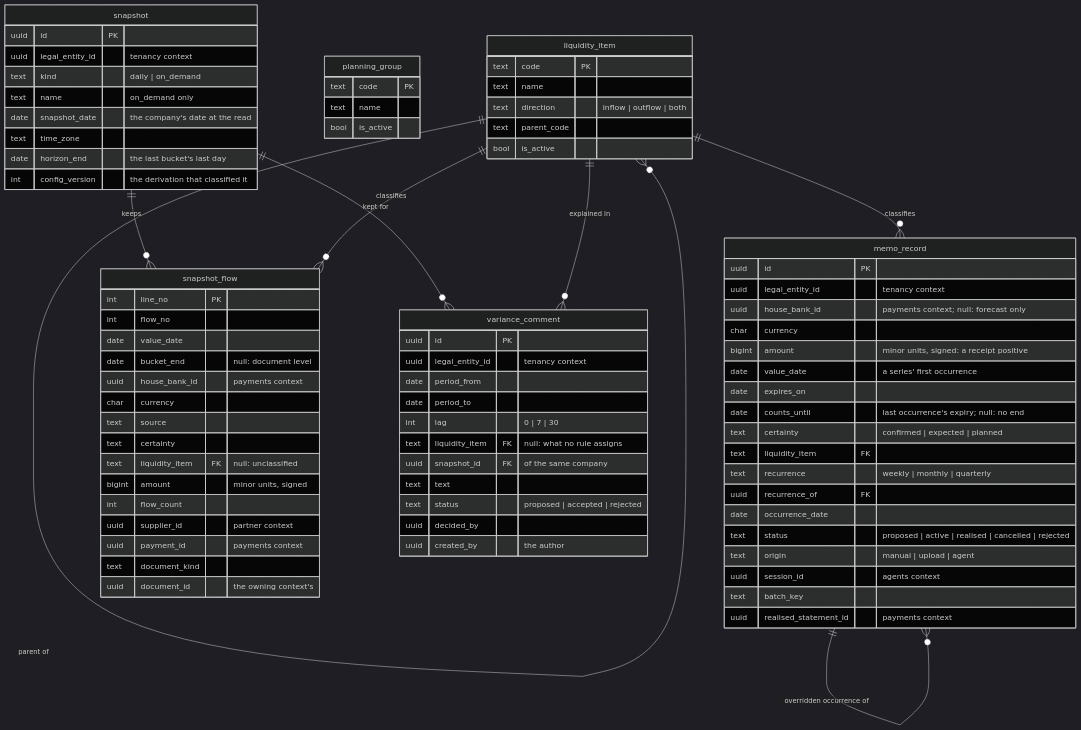
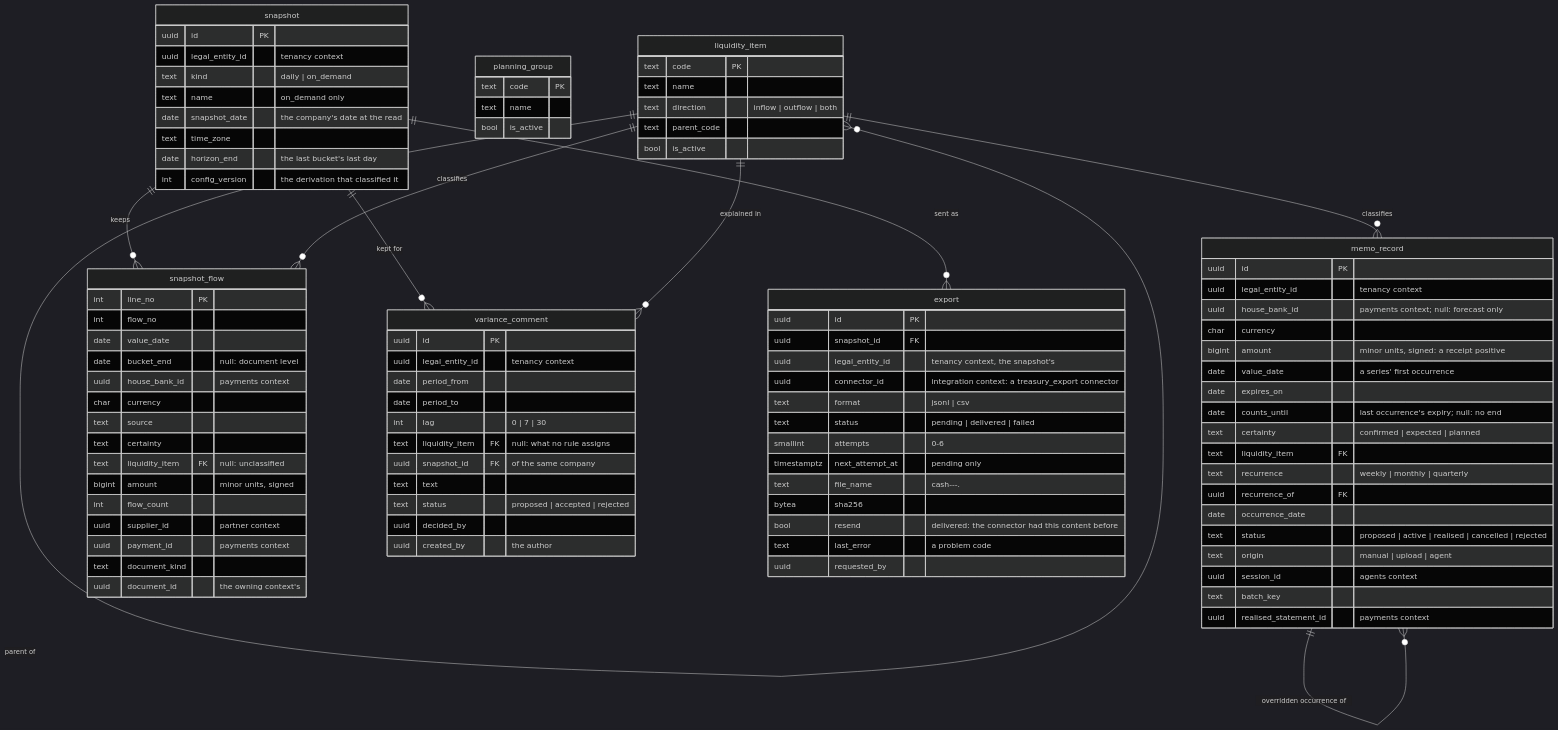
One commit to mustie7iy/agentic-erp changed the tenth of 13 diagrams in docs/design/03-data-model.md. Above: the diagram before and after it, drawn with Mermaid (dark theme). The commit also changed other lines of this file and 57 other files, not shown here.

Commit message:
T53h: the treasury connector, a snapshot exported over SFTP in the cash export schema v1, a resend recognised, CashSnapshotTaken offered to webhooks

````diff
--- a/docs/design/03-data-model.md
+++ b/docs/design/03-data-model.md
@@ -2723,4 +2723,18 @@
     text status "proposed | accepted | rejected"
     uuid decided_by
     uuid created_by "the author" }
+  snapshot ||--o{ export : "sent as"
+  export { uuid id PK
+    uuid snapshot_id FK
+    uuid legal_entity_id "tenancy context, the snapshot's"
+    uuid connector_id "integration context: a treasury_export connector"
+    text format "jsonl | csv"
+    text status "pending | delivered | failed"
+    smallint attempts "0-6"
+    timestamptz next_attempt_at "pending only"
+    text file_name "cash-<company>-<date>-<sha256>.<format>"
+    bytea sha256
+    bool resend "delivered: the connector had this content before"
+    text last_error "a problem code"
+    uuid requested_by }
 ```
````
